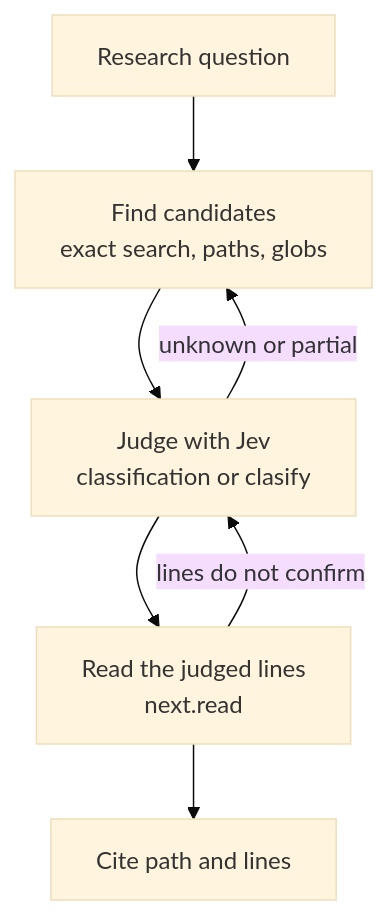
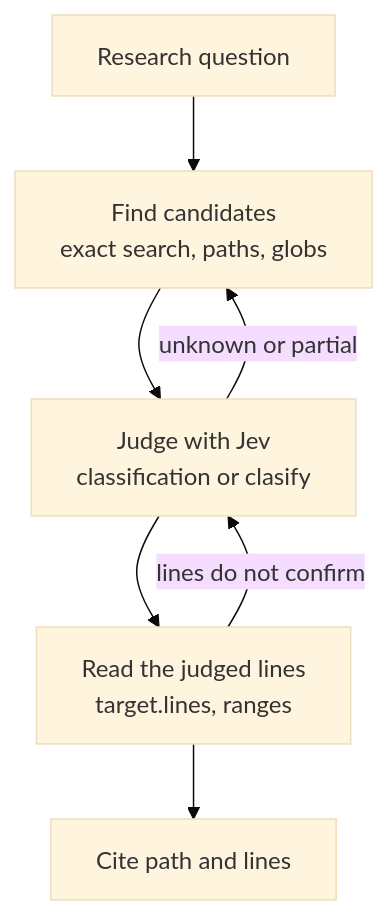
Before and after one commit to bgauryy/octocode: the first of 7 diagrams in docs/OCTOCODE_CLASIFY.md, drawn with Mermaid (base theme). The commit also changed other lines of this file and 1319 other files, not shown here.

````diff
--- a/docs/OCTOCODE_CLASIFY.md
+++ b/docs/OCTOCODE_CLASIFY.md
@@ -40,11 +40,11 @@
 ```mermaid
 flowchart TD
     accTitle: The research loop with Jev
     accDescr: Find candidates with exact search, judge them with Jev, read the judged lines, and cite them. Unknown or partial results go back to search; lines that do not confirm the answer go back to judging.
     Q["Research question"] --> F["Find candidates<br/>exact search, paths, globs"]
     F --> J["Judge with Jev<br/>classification or clasify"]
-    J --> R["Read the judged lines<br/>next.read"]
+    J --> R["Read the judged lines<br/>target.lines, ranges"]
     R --> C["Cite path and lines"]
     J -- "unknown or partial" --> F
     R -- "lines do not confirm" --> J
 ```
````
